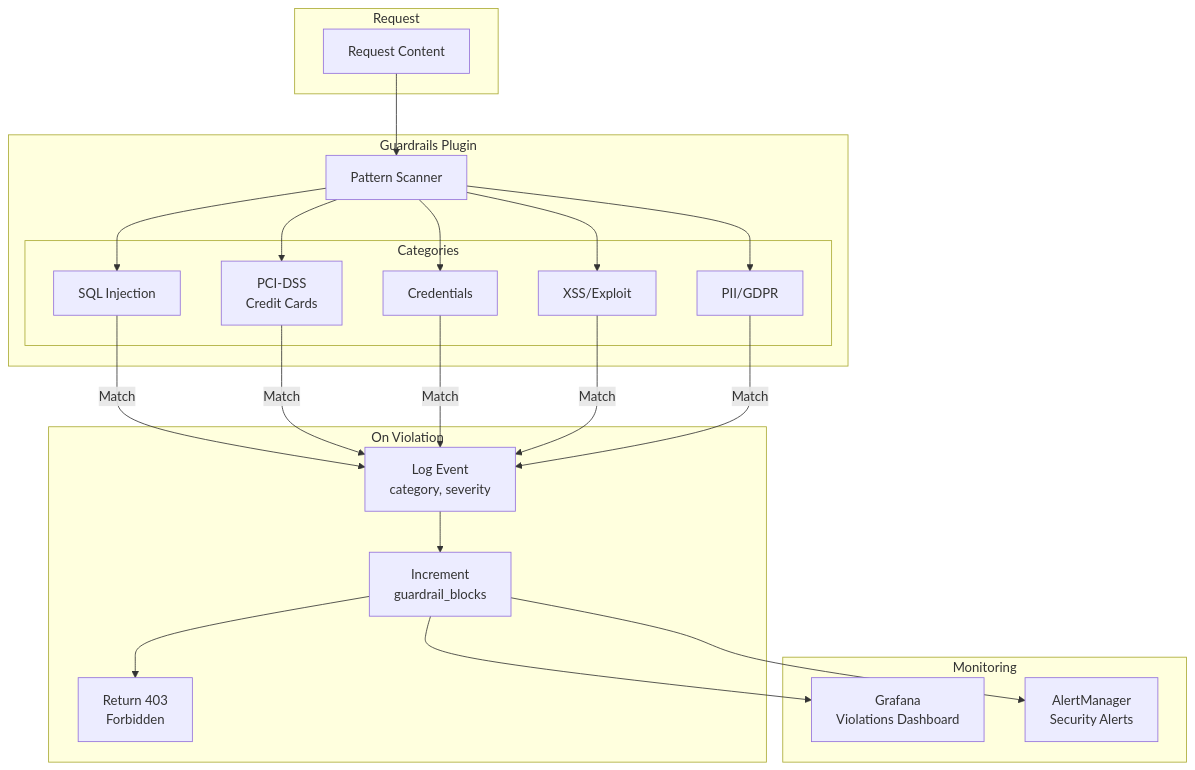
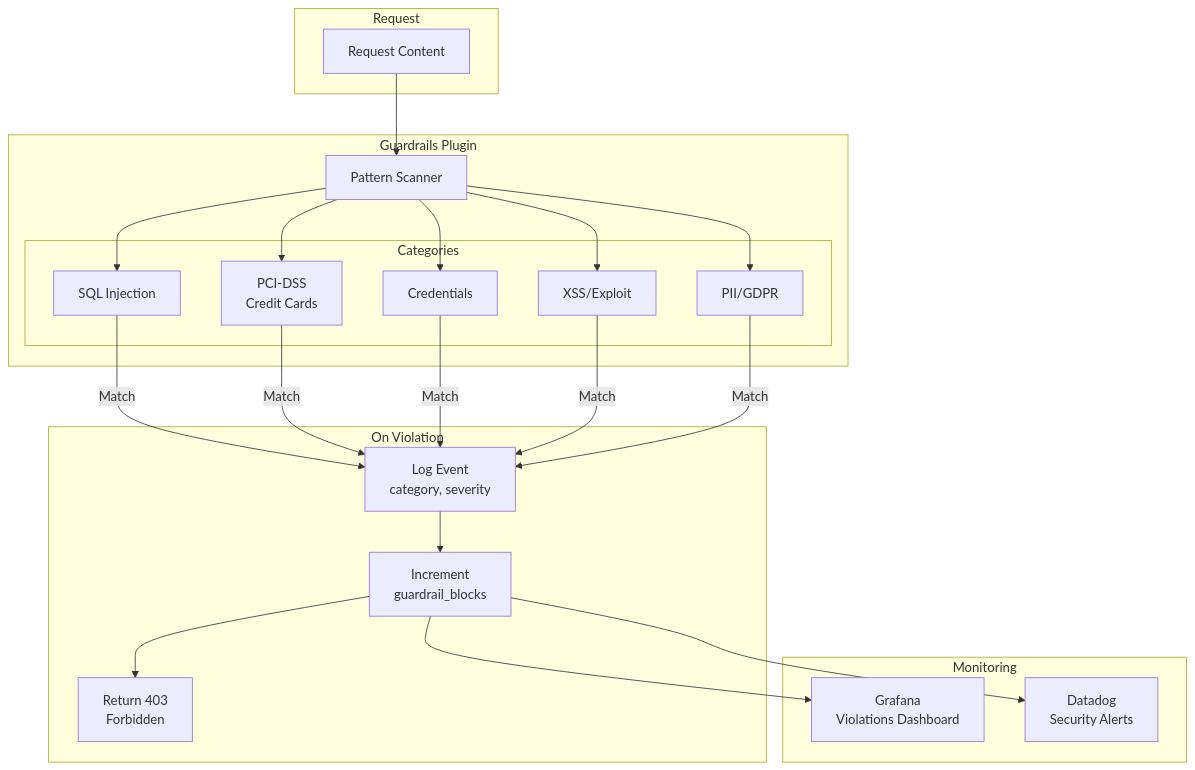
The sixth of 7 diagrams in README.md (lorenzogirardi/gw_llm), drawn with Mermaid before and after one commit. The commit also changed 2 other files, not shown here.

Commit message:
fix: replace AlertManager references with Datadog in all diagrams
- Update README.md Mermaid diagram
- Update C4 architecture container diagram
- Update observability/prometheus/prometheus.yml comments

````diff
--- a/README.md
+++ b/README.md
@@ -382,36 +382,36 @@
 ```mermaid
 flowchart TB
     subgraph Request
         content[Request Content]
     end
 
     subgraph "Guardrails Plugin"
         scan[Pattern Scanner]
 
         subgraph Categories
             sql[SQL Injection]
             pci[PCI-DSS<br/>Credit Cards]
             creds[Credentials]
             xss[XSS/Exploit]
             pii[PII/GDPR]
         end
     end
 
     subgraph "On Violation"
         log[Log Event<br/>category, severity]
         metric[Increment<br/>guardrail_blocks]
         block[Return 403<br/>Forbidden]
     end
 
     subgraph Monitoring
         grafana[Grafana<br/>Violations Dashboard]
-        alert[AlertManager<br/>Security Alerts]
+        datadog[Datadog<br/>Security Alerts]
     end
 
     content --> scan
     scan --> sql & pci & creds & xss & pii
     sql & pci & creds & xss & pii -->|Match| log
     log --> metric --> block
     metric --> grafana
-    metric --> alert
+    metric --> datadog
 ```
````
